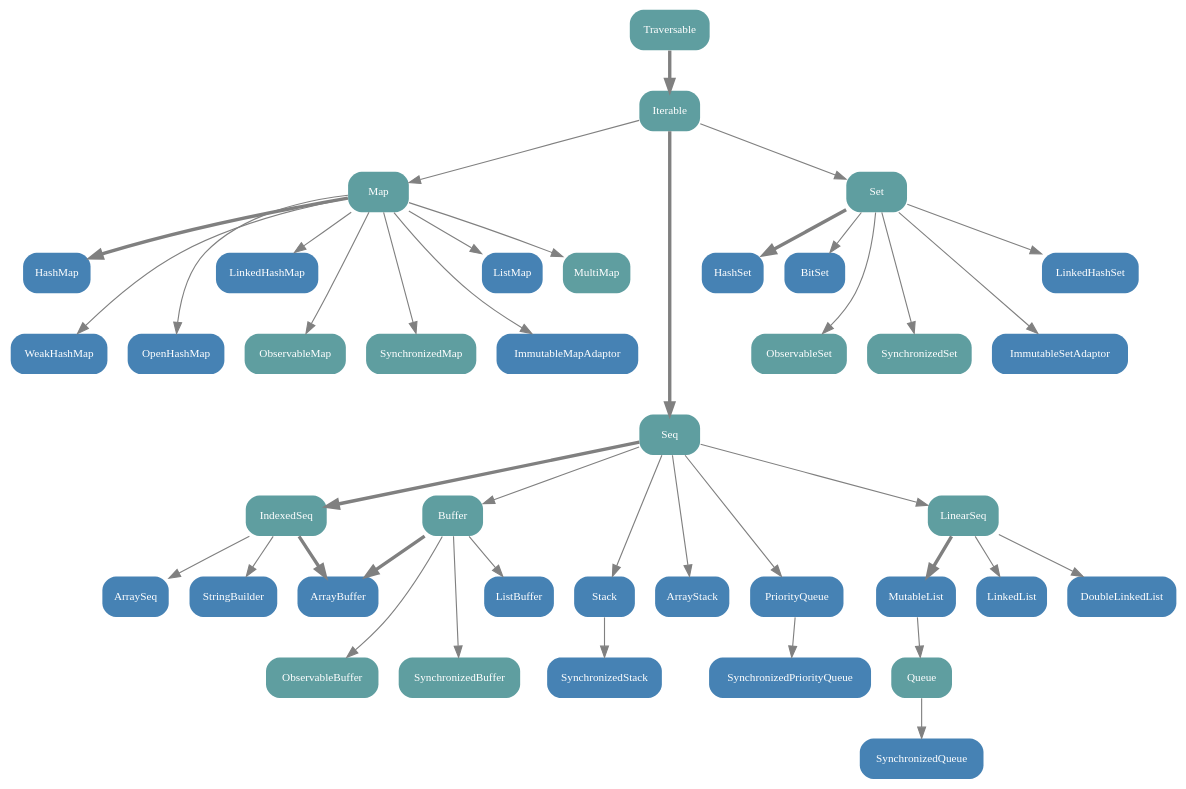
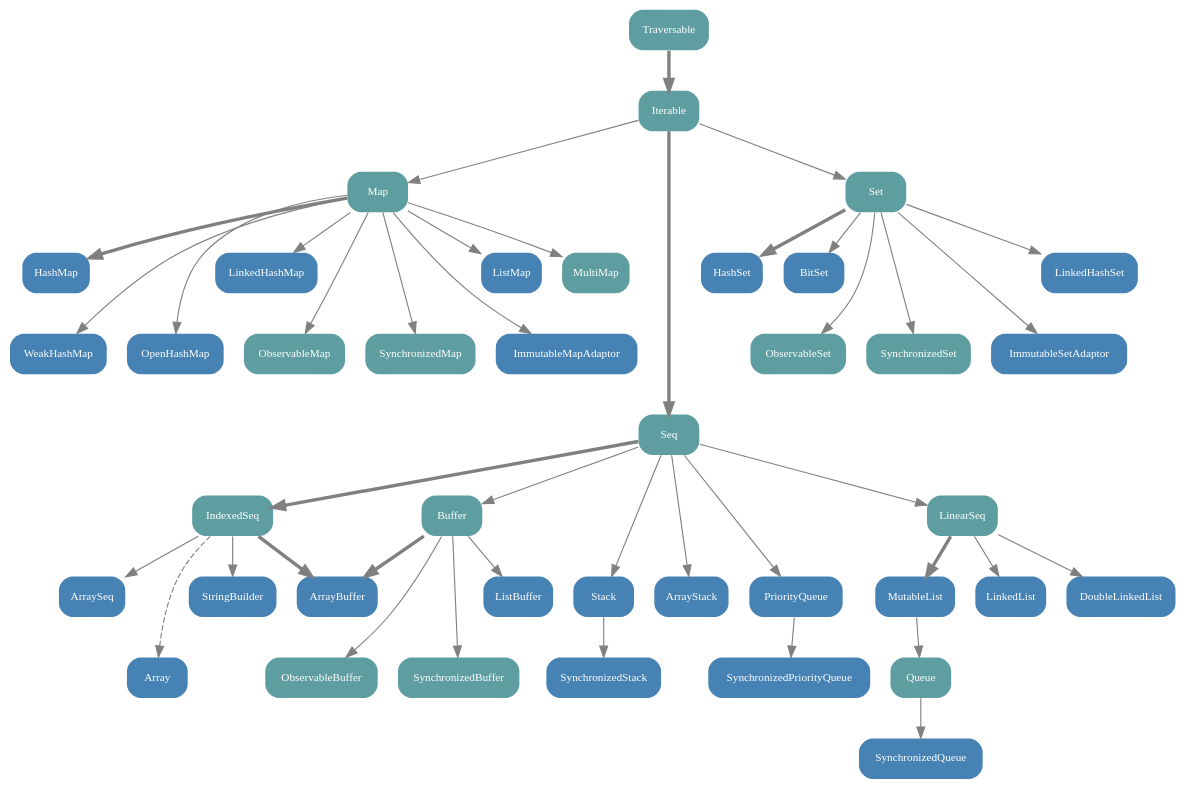
Before and after one commit to sirthias/scala-collections-charts: the diagram in src/scala.collection.mutable.dot, drawn with Graphviz. The commit also changed 3 other files, not shown here.

Commit message:
Fixed incorrect location of implicit conversion Array -> IndexedSeq, was in scala.collection.immutable, now in scala.collection.mutable

```diff
--- a/src/scala.collection.mutable.dot
+++ b/src/scala.collection.mutable.dot
@@ -1,102 +1,104 @@
 // dot graphs for the Scala 2.8 Collections API
 // package scala.collection.mutable
 // (C) 2010 by Mathias
 
 digraph "scala.collection.mutable" {
   bgcolor=transparent
   dpi=68
   
   // layout help
-  node [shape=plaintext, style=invis]
+  node [shape=point, style=invis]
   edge [style=invis]
   Level0 -> Level1 -> Level2 -> Level3 -> Level4 -> Level5 -> Level6 -> Level7 -> Level8 -> Level9
   
   // node definitions
   node [shape=box, style="rounded, filled", fontname=tahoma, fontsize=10, fontcolor=white, color=none, fillcolor=cadetblue]
   mTraversable [label="Traversable", URL="http://www.scala-lang.org/api/current/scala/collection/mutable/Traversable.html"]    
     mIterable [label="Iterable", URL="http://www.scala-lang.org/api/current/scala/collection/mutable/Iterable.html"]      
       mMap [label="Map", URL="http://www.scala-lang.org/api/current/scala/collection/mutable/Map.html"]
         mHashMap [fillcolor="steelblue", label="HashMap", URL="http://www.scala-lang.org/api/current/scala/collection/mutable/HashMap.html"]
         WeakHashMap [fillcolor="steelblue", URL="http://www.scala-lang.org/api/current/scala/collection/mutable/WeakHashMap.html"]
         OpenHashMap [fillcolor="steelblue", URL="http://www.scala-lang.org/api/current/scala/collection/mutable/OpenHashMap.html"]
         LinkedHashMap [fillcolor="steelblue",URL="http://www.scala-lang.org/api/current/scala/collection/mutable/LinkedHashMap.html"]
         ObservableMap [URL="http://www.scala-lang.org/api/current/scala/collection/mutable/ObservableMap.html"]
         SynchronizedMap [URL="http://www.scala-lang.org/api/current/scala/collection/mutable/SynchronizedMap.html"]
         ImmutableMapAdaptor [fillcolor="steelblue", URL="http://www.scala-lang.org/api/current/scala/collection/mutable/ImmutableMapAdaptor.html"]
         mListMap [fillcolor="steelblue", label="ListMap", URL="http://www.scala-lang.org/api/current/scala/collection/mutable/ListMap.html"]
         MultiMap [URL="http://www.scala-lang.org/api/current/scala/collection/mutable/MultiMap.html"]
       mSeq [label="Seq", URL="http://www.scala-lang.org/api/current/scala/collection/mutable/Seq.html"]
         mIndexedSeq [label="IndexedSeq", URL="http://www.scala-lang.org/api/current/scala/collection/mutable/IndexedSeq.html"]
-          ArrayBuffer [fillcolor="steelblue", URL="http://www.scala-lang.org/api/current/scala/collection/mutable/ArrayBuffer.html"] // also a Buffer
+          ArrayBuffer [fillcolor="steelblue", URL="http://www.scala-lang.org/api/current/scala/collection/mutable/ArrayBuffer.html"] // also a Buffer          
           ArraySeq [fillcolor="steelblue", URL="http://www.scala-lang.org/api/current/scala/collection/mutable/ArraySeq.html"]
+          Array [fillcolor="steelblue", URL="http://www.scala-lang.org/api/current/scala/Array.html"]
           StringBuilder [fillcolor="steelblue", URL="http://www.scala-lang.org/api/current/scala/collection/mutable/StringBuilder.html"]
         Buffer [URL="http://www.scala-lang.org/api/current/scala/collection/mutable/Buffer.html"]
           ObservableBuffer [URL="http://www.scala-lang.org/api/current/scala/collection/mutable/ObservableBuffer.html"]
           SynchronizedBuffer [URL="http://www.scala-lang.org/api/current/scala/collection/mutable/SynchronizedBuffer.html"]
           ListBuffer [fillcolor="steelblue", URL="http://www.scala-lang.org/api/current/scala/collection/mutable/ListBuffer.html"]
         mStack [fillcolor="steelblue", label="Stack", URL="http://www.scala-lang.org/api/current/scala/collection/mutable/Stack.html"]
           SynchronizedStack [fillcolor="steelblue", URL="http://www.scala-lang.org/api/current/scala/collection/mutable/SynchronizedStack.html"]
         ArrayStack [fillcolor="steelblue", URL="http://www.scala-lang.org/api/current/scala/collection/mutable/ArrayStack.html"]
         PriorityQueue [fillcolor="steelblue", URL="http://www.scala-lang.org/api/current/scala/collection/mutable/PriorityQueue.html"]
           SynchronizedPriorityQueue [fillcolor="steelblue", URL="http://www.scala-lang.org/api/current/scala/collection/mutable/SynchronizedPriorityQueue.html"]
           mLinearSeq [label="LinearSeq", URL="http://www.scala-lang.org/api/current/scala/collection/immutable/LinearSeq.html"]
             MutableList [fillcolor="steelblue", URL="http://www.scala-lang.org/api/current/scala/collection/mutable/MutableList.html"]
               mQueue [label="Queue", URL="http://www.scala-lang.org/api/current/scala/collection/mutable/Queue.html"]
                 SynchronizedQueue [fillcolor="steelblue", URL="http://www.scala-lang.org/api/current/scala/collection/mutable/SynchronizedQueue.html"]
             LinkedList [fillcolor="steelblue", URL="http://www.scala-lang.org/api/current/scala/collection/mutable/LinkedList.html"]
             DoubleLinkedList [fillcolor="steelblue", URL="http://www.scala-lang.org/api/current/scala/collection/mutable/DoubleLinkedList.html"]
       mSet [label="Set", URL="http://www.scala-lang.org/api/current/scala/collection/mutable/Set.html"]
         mHashSet [fillcolor="steelblue", label="HashSet", URL="http://www.scala-lang.org/api/current/scala/collection/mutable/HashSet.html"]
         mBitSet [fillcolor="steelblue", label="BitSet", URL="http://www.scala-lang.org/api/current/scala/collection/mutable/BitSet.html"]
         ObservableSet [URL="http://www.scala-lang.org/api/current/scala/collection/mutable/ObservableSet.html"]
         SynchronizedSet [URL="http://www.scala-lang.org/api/current/scala/collection/mutable/SynchronizedSet.html"]
         ImmutableSetAdaptor [fillcolor="steelblue", URL="http://www.scala-lang.org/api/current/scala/collection/mutable/ImmutableSetAdaptor.html"]
         LinkedHashSet [fillcolor="steelblue", URL="http://www.scala-lang.org/api/current/scala/collection/mutable/LinkedHashSet.html"]
 
   // layout help
   { rank=same; Level0; mTraversable }
   { rank=same; Level1; mIterable }
   { rank=same; Level2; mSet; mMap }
   { rank=same; Level3; }
   { rank=same; Level4; ObservableSet; SynchronizedSet; ImmutableSetAdaptor; WeakHashMap; OpenHashMap; ObservableMap; SynchronizedMap; ImmutableMapAdaptor }
   { rank=same; Level5; mSeq }
   { rank=same; Level6; }
-  { rank=same; Level7; mStack; ArrayStack; PriorityQueue }
-  { rank=same; Level8; ObservableBuffer; SynchronizedBuffer }
+  { rank=same; Level7; ArraySeq; mStack; ArrayStack; PriorityQueue }
+  { rank=same; Level8; Array; ObservableBuffer; SynchronizedBuffer }
 
   // edge definitions
   edge [style=solid, color=gray]
   mTraversable -> mIterable -> mSeq -> mIndexedSeq -> ArrayBuffer [penwidth=3]
   mIndexedSeq -> ArraySeq
+  mIndexedSeq -> Array [style=dashed]
   mIndexedSeq -> StringBuilder
   mSeq -> mLinearSeq
   mLinearSeq -> MutableList [penwidth=3]
   MutableList -> mQueue -> SynchronizedQueue
   mLinearSeq -> LinkedList
   mLinearSeq -> DoubleLinkedList
   mSeq -> Buffer
   Buffer -> ArrayBuffer [penwidth=3]
   Buffer -> ListBuffer
   Buffer -> ObservableBuffer
   Buffer -> SynchronizedBuffer
   mSeq -> mStack -> SynchronizedStack
   mSeq -> ArrayStack
   mSeq -> PriorityQueue -> SynchronizedPriorityQueue
   mIterable -> mSet
   mSet -> mHashSet [penwidth=3]
   mSet -> mBitSet
   mSet -> LinkedHashSet
   mSet -> ObservableSet
   mSet -> SynchronizedSet
   mSet -> ImmutableSetAdaptor
   mIterable -> mMap
   mMap -> mHashMap [penwidth=3]
   mMap -> WeakHashMap
   mMap -> OpenHashMap
   mMap -> LinkedHashMap
   mMap -> mListMap
   mMap -> MultiMap
   mMap -> ObservableMap
   mMap -> SynchronizedMap
   mMap -> ImmutableMapAdaptor
 }
```
